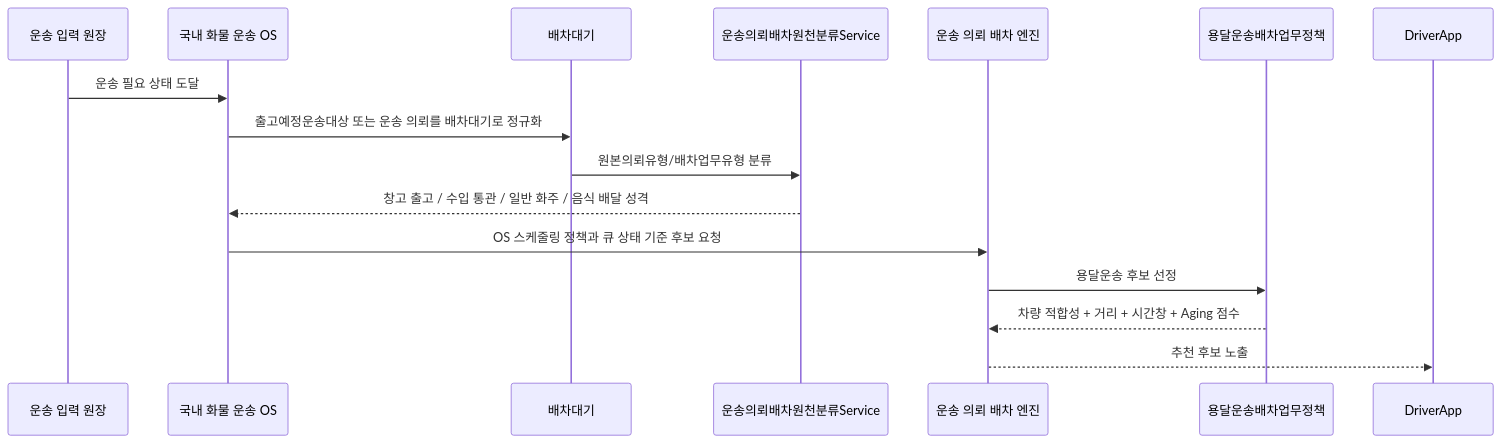
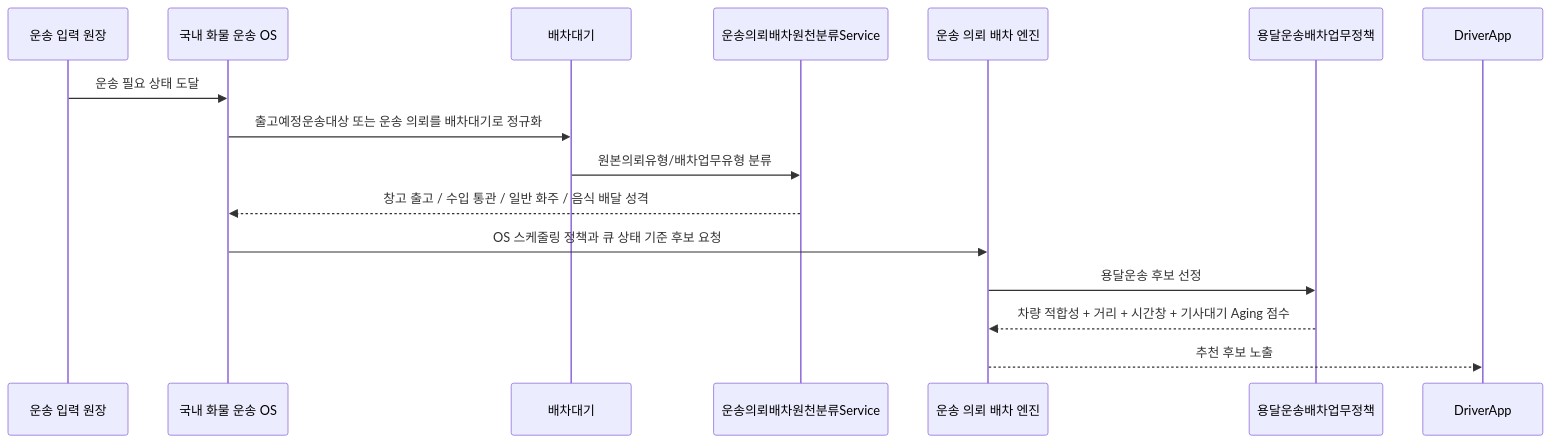
Before and after one commit to cheolwo/hongdal: the third of 3 diagrams in docs/Architecture/DomesticCargoTransportOS.md, drawn with Mermaid. The commit also changed other lines of this file and 6 other files, not shown here.

````diff
--- a/docs/Architecture/DomesticCargoTransportOS.md
+++ b/docs/Architecture/DomesticCargoTransportOS.md
@@ -102,19 +109,19 @@
 ```mermaid
 sequenceDiagram
     participant Source as 운송 입력 원장
     participant OS as 국내 화물 운송 OS
     participant Queue as 배차대기
     participant Classifier as 운송의뢰배차원천분류Service
     participant Engine as 운송 의뢰 배차 엔진
     participant Policy as 용달운송배차업무정책
     participant Driver as DriverApp
 
     Source->>OS: 운송 필요 상태 도달
     OS->>Queue: 출고예정운송대상 또는 운송 의뢰를 배차대기로 정규화
     Queue->>Classifier: 원본의뢰유형/배차업무유형 분류
     Classifier-->>OS: 창고 출고 / 수입 통관 / 일반 화주 / 음식 배달 성격
     OS->>Engine: OS 스케줄링 정책과 큐 상태 기준 후보 요청
     Engine->>Policy: 용달운송 후보 선정
-    Policy-->>Engine: 차량 적합성 + 거리 + 시간창 + Aging 점수
+    Policy-->>Engine: 차량 적합성 + 거리 + 시간창 + 기사대기 Aging 점수
     Engine-->>Driver: 추천 후보 노출
 ```
````
